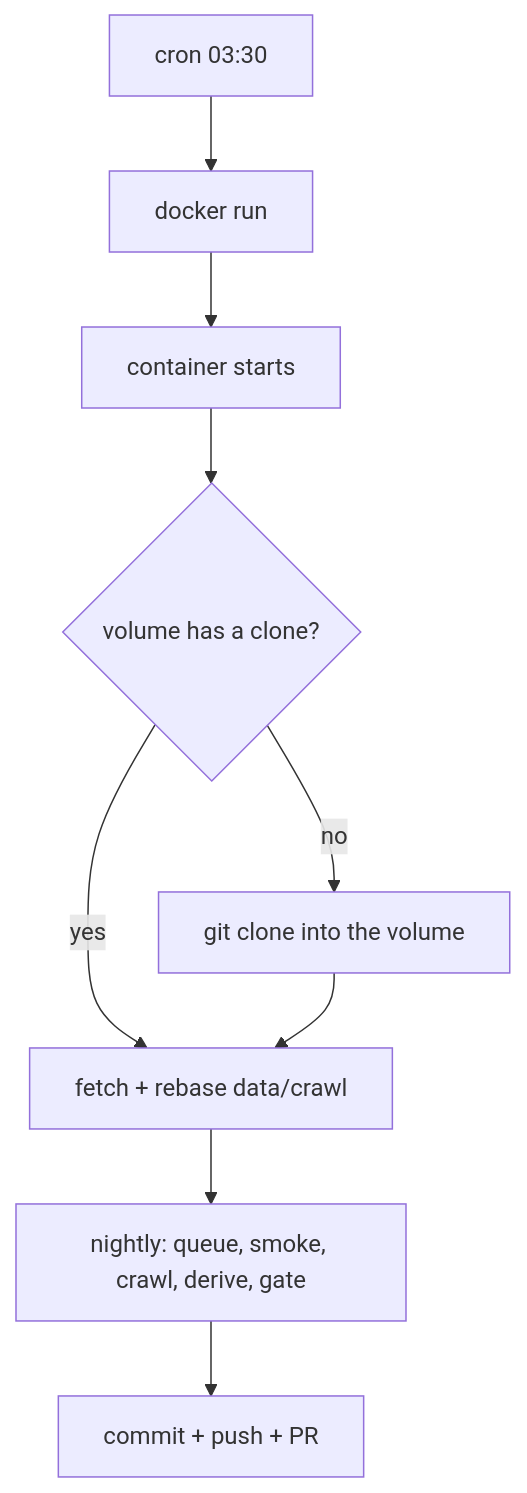
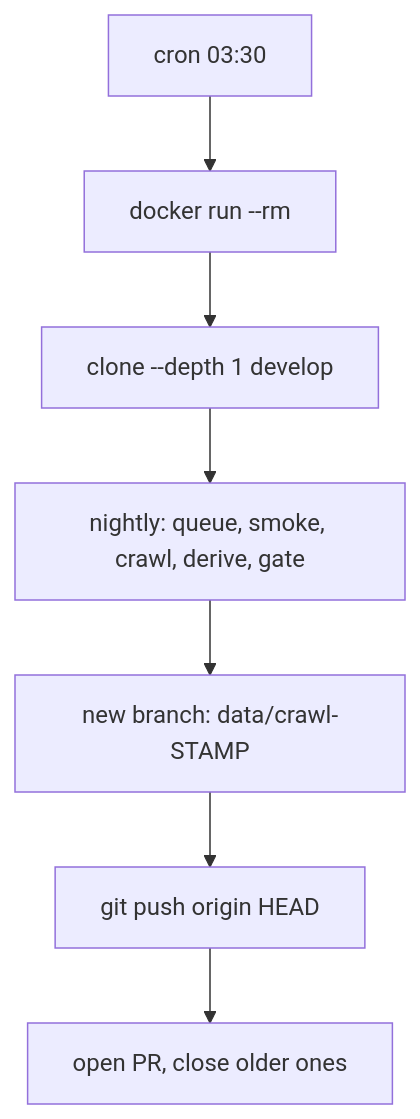
One commit to MatiasAgelvis/starisk changed the diagram in ops/README.md. Above: the diagram before and after it, drawn with Mermaid. The commit also changed other lines of this file and 1 other file, not shown here.

Commit message:
docs(ops): document stateless nightly crawler layout

````diff
--- a/ops/README.md
+++ b/ops/README.md
@@ -13,11 +13,9 @@
 ```mermaid
 graph TD
-    A[cron 03:30] --> B[docker run]
-    B --> C[container starts]
-    C --> D{volume has a clone?}
-    D -->|no| E[git clone into the volume]
-    D -->|yes| F[fetch + rebase data/crawl]
-    E --> F
-    F --> G[nightly: queue, smoke, crawl, derive, gate]
-    G --> H[commit + push + PR]
+    A[cron 03:30] --> B[docker run --rm]
+    B --> C[clone --depth 1 develop]
+    C --> D[nightly: queue, smoke, crawl, derive, gate]
+    D --> E[new branch: data/crawl-STAMP]
+    E --> F[git push origin HEAD]
+    F --> G[open PR, close older ones]
 ```
````
